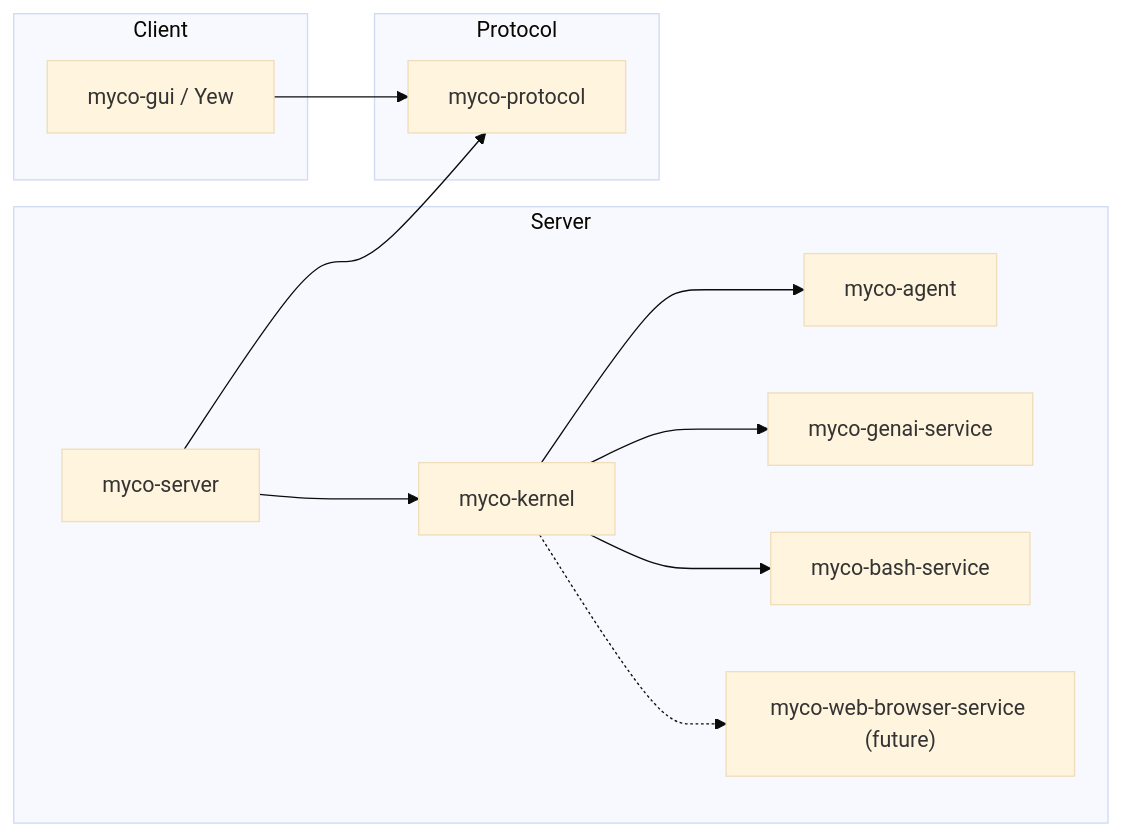
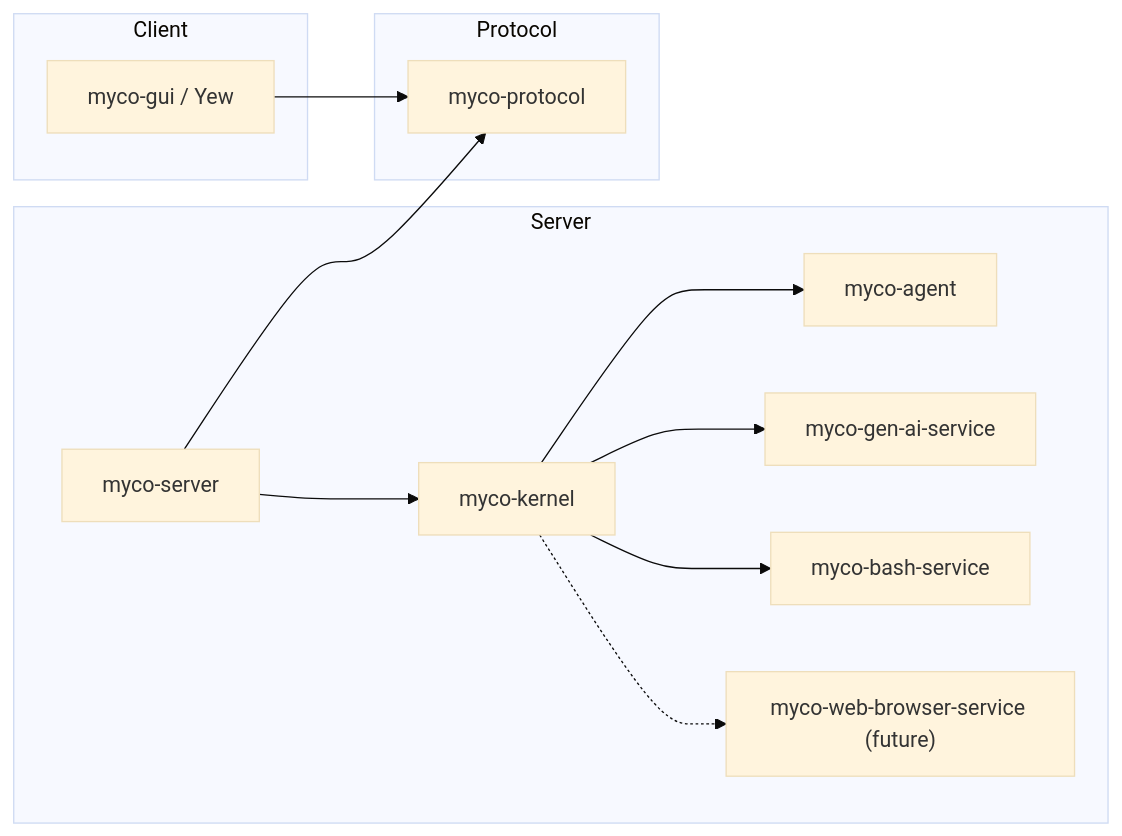
The diagram in DESIGN.md (tsnl/myco), drawn with Mermaid (base theme) before and after one commit. The commit also changed other lines of this file and 1 other file, not shown here.

Commit message:
Use GenAi spelling for inference service API

````diff
--- a/DESIGN.md
+++ b/DESIGN.md
@@ -7,18 +7,18 @@
 ```mermaid
 flowchart LR
     subgraph Server
         server[myco-server] --> kernel[myco-kernel]
         kernel --> agent[myco-agent]
-        kernel --> genai[myco-genai-service]
+        kernel --> gen_ai[myco-gen-ai-service]
         kernel --> bash[myco-bash-service]
         kernel -.-> browser["myco-web-browser-service (future)"]
     end
     subgraph Protocol
         protocol[myco-protocol]
     end
     subgraph Client
         gui[myco-gui / Yew]
     end
     server --> protocol
     gui --> protocol
 ```
````
